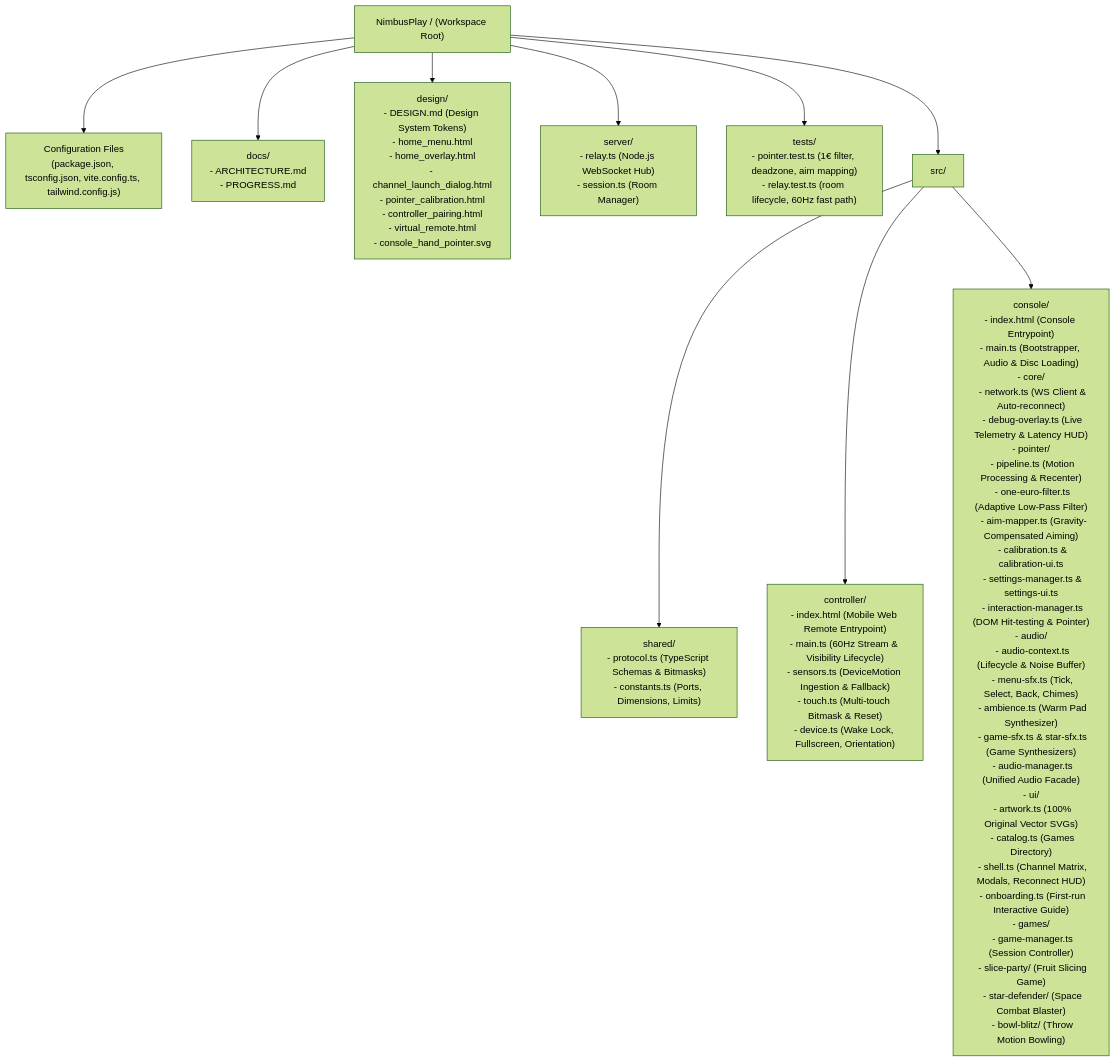
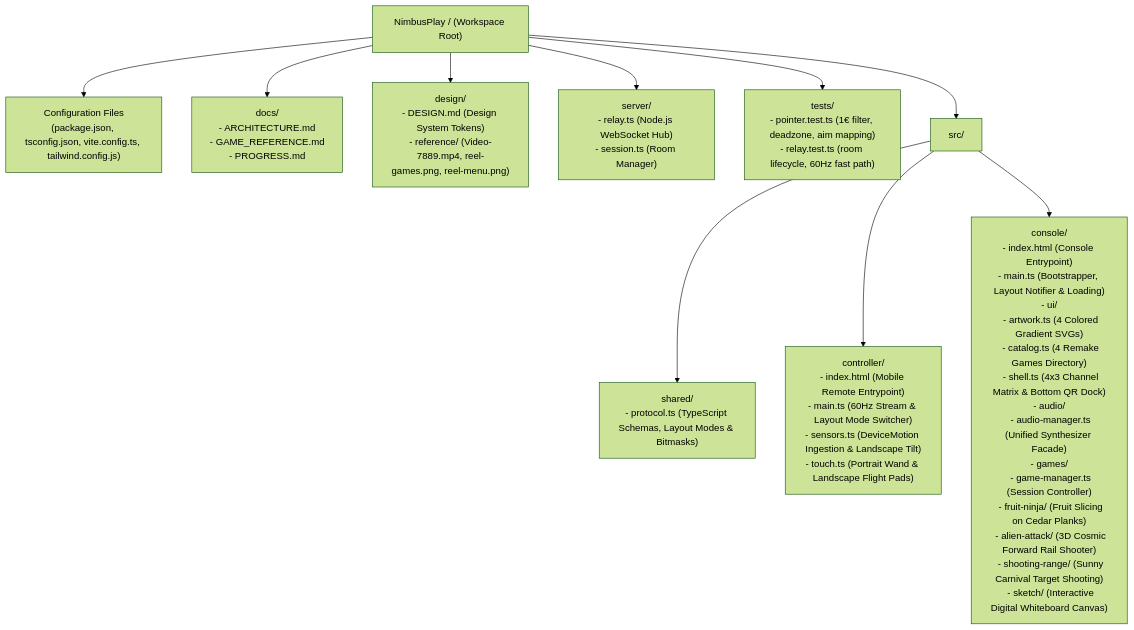
Before and after one commit to AdityaSurse/nimbusplay: diagram 14 of 16 in README.md, drawn with Mermaid (forest theme). The commit also changed other lines of this file and 6 other files, not shown here.

````diff
--- a/README.md
+++ b/README.md
@@ -354,15 +444,15 @@
 ```mermaid
 flowchart TD
     Root["NimbusPlay / (Workspace Root)"]
     
     Root --> Config["Configuration Files<br/>(package.json, tsconfig.json, vite.config.ts, tailwind.config.js)"]
-    Root --> Docs["docs/<br/>- ARCHITECTURE.md<br/>- PROGRESS.md"]
-    Root --> Design["design/<br/>- DESIGN.md (Design System Tokens)<br/>- home_menu.html<br/>- home_overlay.html<br/>- channel_launch_dialog.html<br/>- pointer_calibration.html<br/>- controller_pairing.html<br/>- virtual_remote.html<br/>- console_hand_pointer.svg"]
+    Root --> Docs["docs/<br/>- ARCHITECTURE.md<br/>- GAME_REFERENCE.md<br/>- PROGRESS.md"]
+    Root --> Design["design/<br/>- DESIGN.md (Design System Tokens)<br/>- reference/ (Video-7889.mp4, reel-games.png, reel-menu.png)"]
     Root --> Server["server/<br/>- relay.ts (Node.js WebSocket Hub)<br/>- session.ts (Room Manager)"]
     Root --> Tests["tests/<br/>- pointer.test.ts (1€ filter, deadzone, aim mapping)<br/>- relay.test.ts (room lifecycle, 60Hz fast path)"]
     Root --> Src["src/"]
     
-    Src --> Shared["shared/<br/>- protocol.ts (TypeScript Schemas & Bitmasks)<br/>- constants.ts (Ports, Dimensions, Limits)"]
-    Src --> Controller["controller/<br/>- index.html (Mobile Web Remote Entrypoint)<br/>- main.ts (60Hz Stream & Visibility Lifecycle)<br/>- sensors.ts (DeviceMotion Ingestion & Fallback)<br/>- touch.ts (Multi-touch Bitmask & Reset)<br/>- device.ts (Wake Lock, Fullscreen, Orientation)"]
-    Src --> Console["console/<br/>- index.html (Console Entrypoint)<br/>- main.ts (Bootstrapper, Audio & Disc Loading)<br/>- core/<br/>  - network.ts (WS Client & Auto-reconnect)<br/>  - debug-overlay.ts (Live Telemetry & Latency HUD)<br/>- pointer/<br/>  - pipeline.ts (Motion Processing & Recenter)<br/>  - one-euro-filter.ts (Adaptive Low-Pass Filter)<br/>  - aim-mapper.ts (Gravity-Compensated Aiming)<br/>  - calibration.ts & calibration-ui.ts<br/>  - settings-manager.ts & settings-ui.ts<br/>  - interaction-manager.ts (DOM Hit-testing & Pointer)<br/>- audio/<br/>  - audio-context.ts (Lifecycle & Noise Buffer)<br/>  - menu-sfx.ts (Tick, Select, Back, Chimes)<br/>  - ambience.ts (Warm Pad Synthesizer)<br/>  - game-sfx.ts & star-sfx.ts (Game Synthesizers)<br/>  - audio-manager.ts (Unified Audio Facade)<br/>- ui/<br/>  - artwork.ts (100% Original Vector SVGs)<br/>  - catalog.ts (Games Directory)<br/>  - shell.ts (Channel Matrix, Modals, Reconnect HUD)<br/>  - onboarding.ts (First-run Interactive Guide)<br/>- games/<br/>  - game-manager.ts (Session Controller)<br/>  - slice-party/ (Fruit Slicing Game)<br/>  - star-defender/ (Space Combat Blaster)<br/>  - bowl-blitz/ (Throw Motion Bowling)"]
+    Src --> Shared["shared/<br/>- protocol.ts (TypeScript Schemas, Layout Modes & Bitmasks)"]
+    Src --> Controller["controller/<br/>- index.html (Mobile Remote Entrypoint)<br/>- main.ts (60Hz Stream & Layout Mode Switcher)<br/>- sensors.ts (DeviceMotion Ingestion & Landscape Tilt)<br/>- touch.ts (Portrait Wand & Landscape Flight Pads)"]
+    Src --> Console["console/<br/>- index.html (Console Entrypoint)<br/>- main.ts (Bootstrapper, Layout Notifier & Loading)<br/>- ui/<br/>  - artwork.ts (4 Colored Gradient SVGs)<br/>  - catalog.ts (4 Remake Games Directory)<br/>  - shell.ts (4x3 Channel Matrix & Bottom QR Dock)<br/>- audio/<br/>  - audio-manager.ts (Unified Synthesizer Facade)<br/>- games/<br/>  - game-manager.ts (Session Controller)<br/>  - fruit-ninja/ (Fruit Slicing on Cedar Planks)<br/>  - alien-attack/ (3D Cosmic Forward Rail Shooter)<br/>  - shooting-range/ (Sunny Carnival Target Shooting)<br/>  - sketch/ (Interactive Digital Whiteboard Canvas)"]
 ```
````
